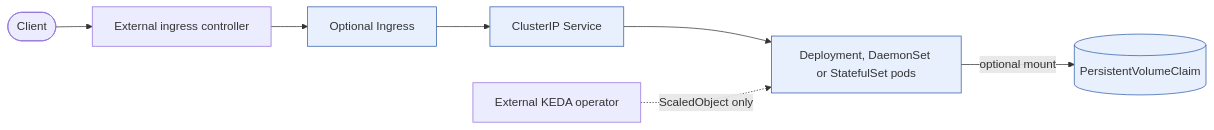
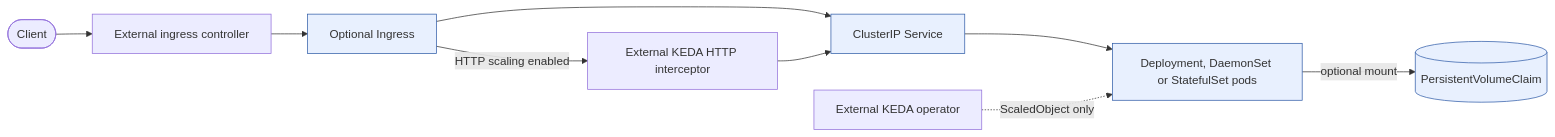
Before and after one commit to f2calv/helm-charts: the diagram in charts/workload/README.md, drawn with Mermaid. The commit also changed other lines of this file and 11 other files, not shown here.

First line of the commit message:
feat(workload): add opt-in KEDA HTTP scaling

````diff
--- a/charts/workload/README.md
+++ b/charts/workload/README.md
@@ -422,11 +547,13 @@
 ```mermaid
 graph LR
   Client([Client]) --> Controller[External ingress controller]
   Controller --> Ingress[Optional Ingress]
   Ingress --> Service[ClusterIP Service]
+  Ingress -->|HTTP scaling enabled| Interceptor[External KEDA HTTP interceptor]
+  Interceptor --> Service
   Service --> Pods[Deployment, DaemonSet or StatefulSet pods]
   Pods -->|optional mount| PVC[(PersistentVolumeClaim)]
   KEDA[External KEDA operator] -. ScaledObject only .-> Pods
   classDef owned fill:#e8f0fe,stroke:#315da8
   class Ingress,Service,Pods,PVC owned
 ```
````
